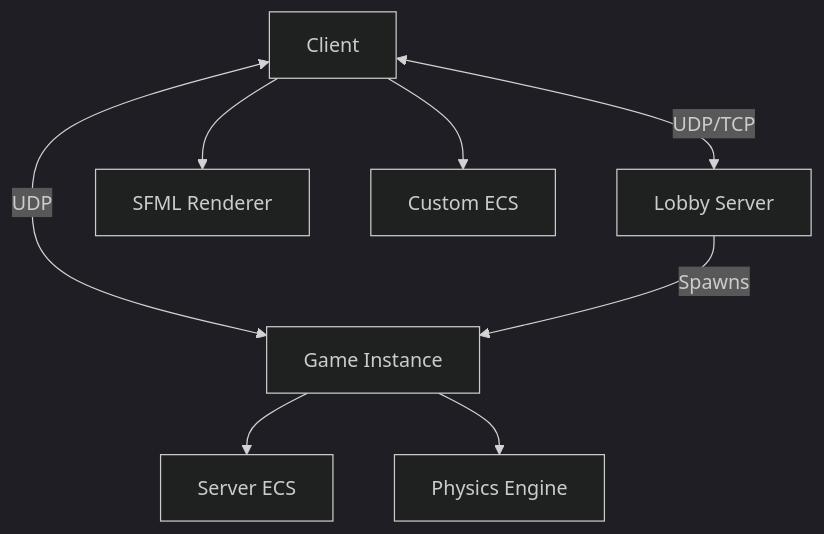
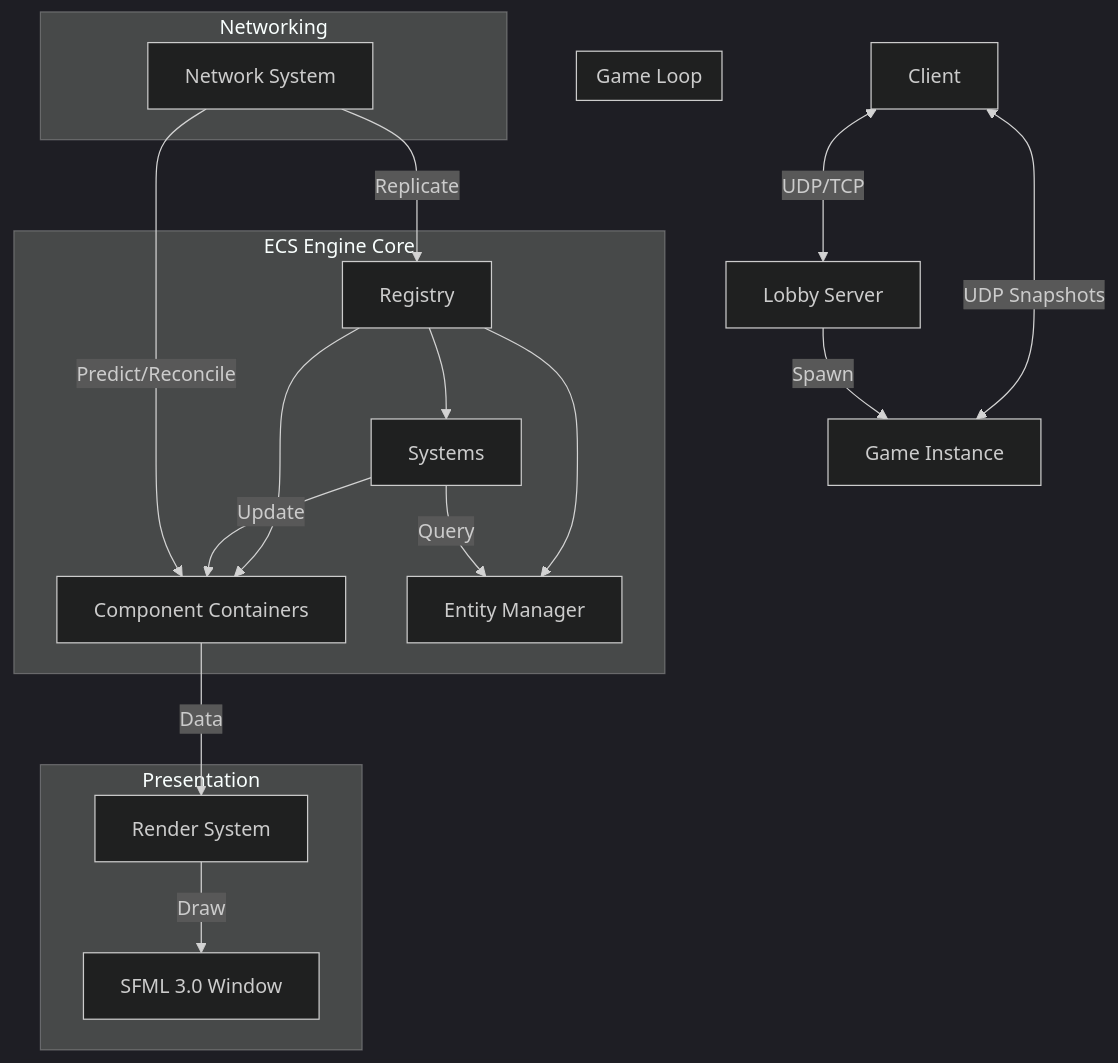
One commit to SimonDelcuze/rtype changed the diagram in README.md. Above: the diagram before and after it, drawn with Mermaid (dark theme). The commit also changed other lines of this file and 2 other files, not shown here.

````diff
--- a/README.md
+++ b/README.md
@@ -51,10 +51,27 @@
 ```mermaid
 graph TD
-    A[Client] <-->|UDP/TCP| B[Lobby Server]
-    A <-->|UDP| C[Game Instance]
-    B -->|Spawns| C
-    A --> D[SFML Renderer]
-    A --> E[Custom ECS]
-    C --> F[Server ECS]
-    C --> G[Physics Engine]
+    subgraph "ECS Engine Core"
+        Reg[Registry] --> Comp[Component Containers]
+        Reg --> Sys[Systems]
+        Reg --> Ent[Entity Manager]
+    end
+
+    subgraph "Game Loop"
+        Sys -->|Update| Comp
+        Sys -->|Query| Ent
+    end
+
+    subgraph "Networking"
+        Net[Network System] -->|Replicate| Reg
+        Net -->|Predict/Reconcile| Comp
+    end
+
+    subgraph "Presentation"
+        Render[Render System] -->|Draw| SFML[SFML 3.0 Window]
+        Comp -->|Data| Render
+    end
+
+    Client[Client] <-->|UDP/TCP| Lobby[Lobby Server]
+    Client <-->|UDP Snapshots| Game[Game Instance]
+    Lobby -->|Spawn| Game
 ```
````
